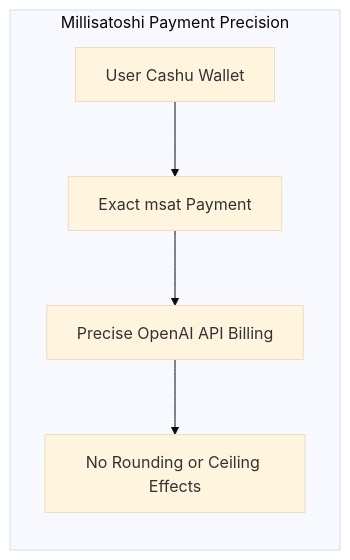
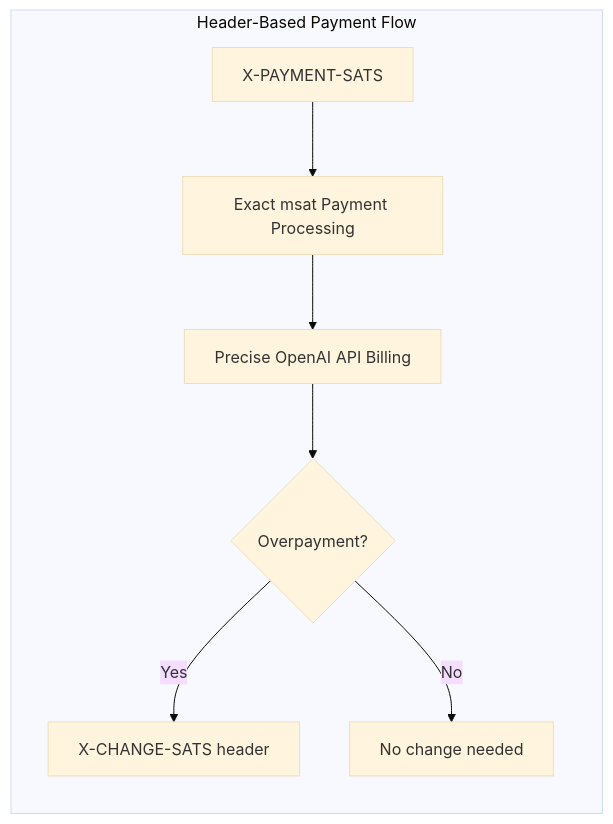
Before and after one commit to Routstr/otrta-client: the fourth of 4 diagrams in README.md, drawn with Mermaid (base theme). The commit also changed other lines of this file, not shown here.

````diff
--- a/README.md
+++ b/README.md
@@ -102,8 +105,10 @@
 ```mermaid
 flowchart LR
-    subgraph "Millisatoshi Payment Precision"
-    I[User Cashu Wallet] --> J[Exact msat Payment]
+    subgraph "Header-Based Payment Flow"
+    I[X-PAYMENT-SATS] --> J[Exact msat Payment Processing]
     J --> K[Precise OpenAI API Billing]
-    K --> L[No Rounding or Ceiling Effects]
+    K --> L{Overpayment?}
+    L -->|Yes| M[X-CHANGE-SATS header]
+    L -->|No| N[No change needed]
     end
 ```
````
